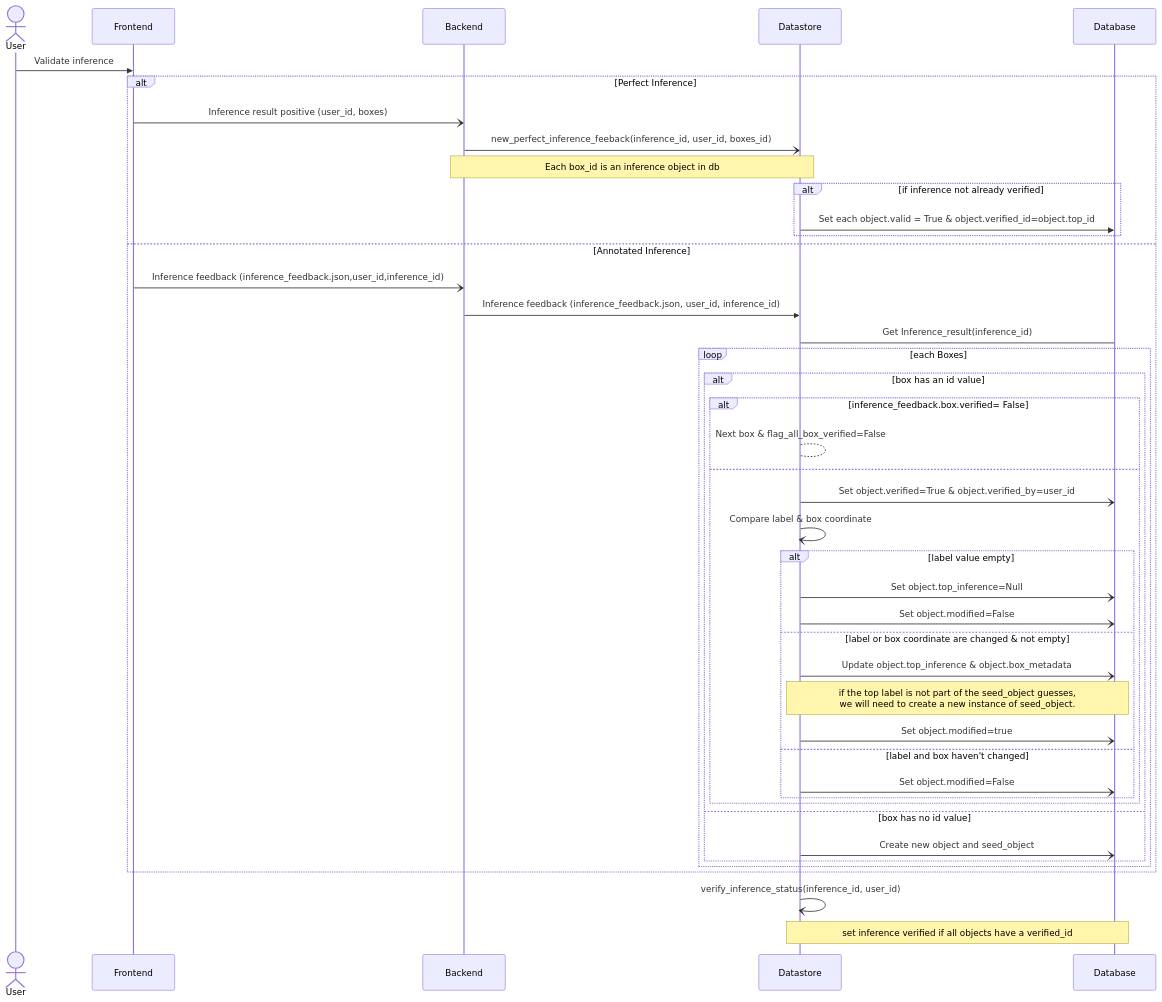
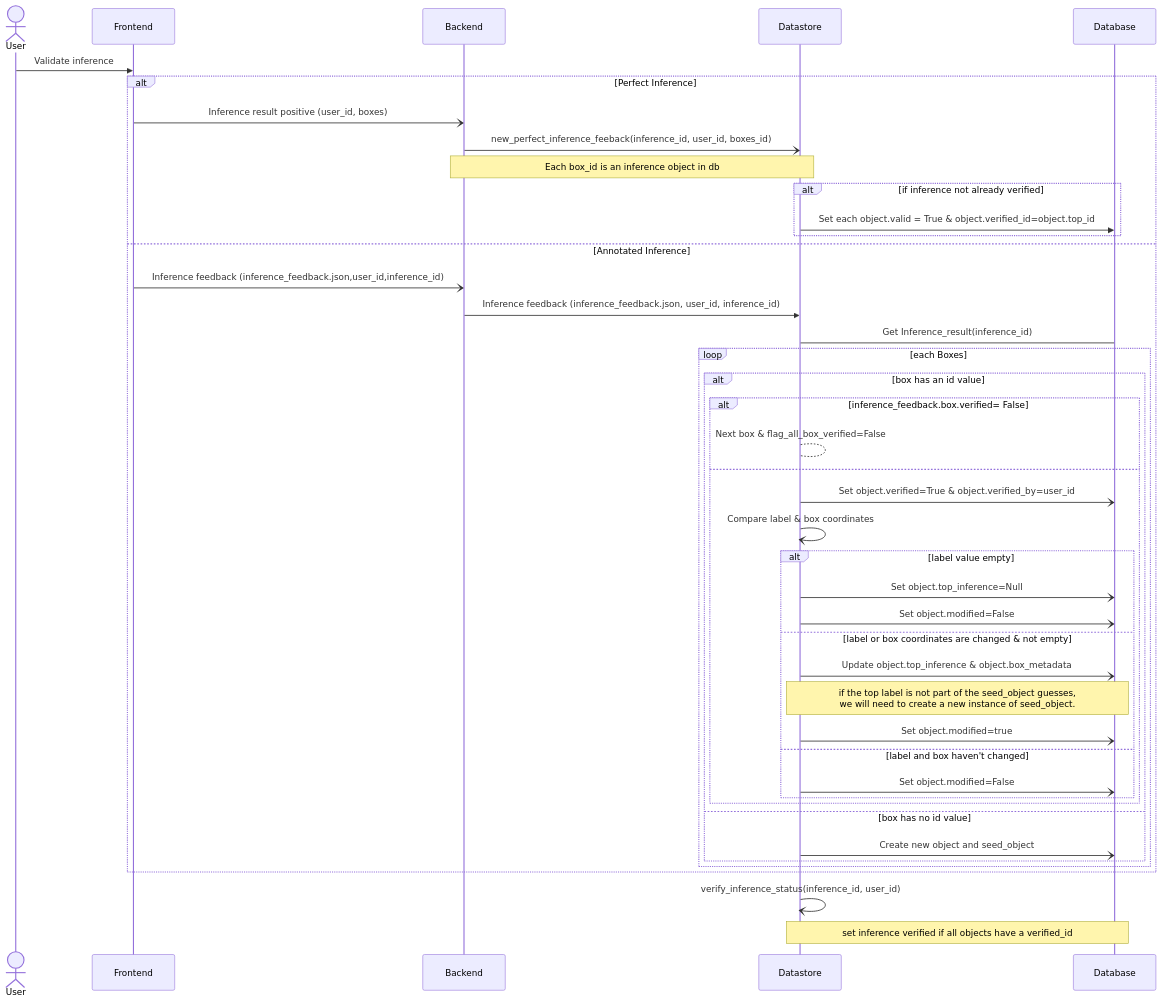
The first of 2 diagrams in docs/nachet-feedback-documentation.md (ai-cfia/nachet-backend), drawn with Mermaid before and after one commit. The commit also changed other lines of this file and 6 other files, not shown here.

````diff
--- a/docs/nachet-feedback-documentation.md
+++ b/docs/nachet-feedback-documentation.md
@@ -35,49 +35,49 @@
 ``` mermaid
 
 sequenceDiagram;
   actor User
   participant Frontend
   participant Backend
   participant Datastore
   participant Database
   
 
     User ->> Frontend: Validate inference
     alt Perfect Inference
     Frontend -) Backend: Inference result positive (user_id, boxes)
     Backend -) Datastore: new_perfect_inference_feeback(inference_id, user_id, boxes_id)
     Note over Backend, Datastore : Each box_id is an inference object in db
         alt if inference not already verified
             Datastore ->> Database: Set each object.valid = True & object.verified_id=object.top_id
         end
     else Annotated Inference
     Frontend -) Backend: Inference feedback (inference_feedback.json,user_id,inference_id)
     Backend ->> Datastore: Inference feedback (inference_feedback.json, user_id, inference_id)
     Datastore -> Database: Get Inference_result(inference_id)
         loop each Boxes
             alt box has an id value
                 alt inference_feedback.box.verified= False
                     Datastore --> Datastore: Next box & flag_all_box_verified=False
                 else
                     Datastore -) Database: Set object.verified=True & object.verified_by=user_id
-                    Datastore -) Datastore: Compare label & box coordinate
+                    Datastore -) Datastore: Compare label & box coordinates
                     alt label value empty
                         Datastore -) Database: Set object.top_inference=Null
                         Datastore -) Database: Set object.modified=False                   
-                    else label or box coordinate are changed & not empty
+                    else label or box coordinates are changed & not empty
                         Datastore -) Database: Update object.top_inference & object.box_metadata
                         Note over Datastore,Database: if the top label is not part of the seed_object guesses, <br>we will need to create a new instance of seed_object.
                         Datastore -) Database: Set object.modified=true
                     else label and box haven't changed
                         Datastore -) Database: Set object.modified=False
                     end
                 end
             else box has no id value
                 Datastore -) Database: Create new object and seed_object
             end
         end
     end
     Datastore -) Datastore : verify_inference_status(inference_id, user_id)
     Note over Datastore, Database : set inference verified if all objects have a verified_id
 
 ```
````
